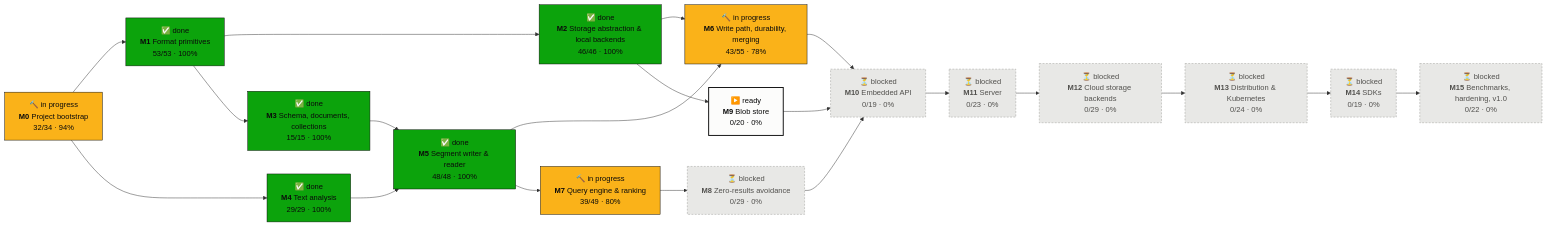
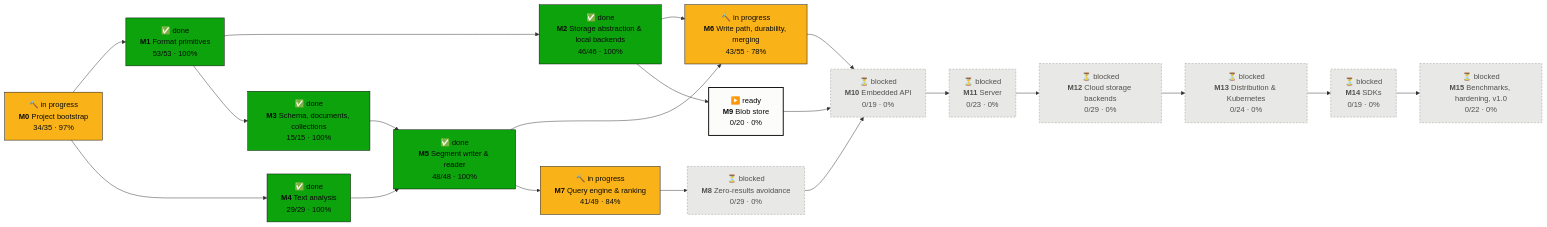
One commit to tomiok/persiaDB changed the first of 2 diagrams in PROGRESS.md. Above: the diagram before and after it, drawn with Mermaid. The commit also changed other lines of this file and 12 other files, not shown here.

First line of the commit message:
fix: review fix-ups for audit batch C (ROADMAP 0.6.5, 0.6.6, 7.8.5, 7.8.6)

````diff
--- a/PROGRESS.md
+++ b/PROGRESS.md
@@ -16,42 +16,42 @@
 ```mermaid
 flowchart LR
-  M0["🔨 in progress<br/><b>M0</b> Project bootstrap<br/>32/34 · 94%"]:::doing
+  M0["🔨 in progress<br/><b>M0</b> Project bootstrap<br/>34/35 · 97%"]:::doing
   M1["✅ done<br/><b>M1</b> Format primitives<br/>53/53 · 100%"]:::done
   M2["✅ done<br/><b>M2</b> Storage abstraction & local backends<br/>46/46 · 100%"]:::done
   M3["✅ done<br/><b>M3</b> Schema, documents, collections<br/>15/15 · 100%"]:::done
   M4["✅ done<br/><b>M4</b> Text analysis<br/>29/29 · 100%"]:::done
   M5["✅ done<br/><b>M5</b> Segment writer & reader<br/>48/48 · 100%"]:::done
   M6["🔨 in progress<br/><b>M6</b> Write path, durability, merging<br/>43/55 · 78%"]:::doing
-  M7["🔨 in progress<br/><b>M7</b> Query engine & ranking<br/>39/49 · 80%"]:::doing
+  M7["🔨 in progress<br/><b>M7</b> Query engine & ranking<br/>41/49 · 84%"]:::doing
   M8["⏳ blocked<br/><b>M8</b> Zero-results avoidance<br/>0/29 · 0%"]:::blocked
   M9["▶️ ready<br/><b>M9</b> Blob store<br/>0/20 · 0%"]:::ready
   M10["⏳ blocked<br/><b>M10</b> Embedded API<br/>0/19 · 0%"]:::blocked
   M11["⏳ blocked<br/><b>M11</b> Server<br/>0/23 · 0%"]:::blocked
   M12["⏳ blocked<br/><b>M12</b> Cloud storage backends<br/>0/29 · 0%"]:::blocked
   M13["⏳ blocked<br/><b>M13</b> Distribution & Kubernetes<br/>0/24 · 0%"]:::blocked
   M14["⏳ blocked<br/><b>M14</b> SDKs<br/>0/19 · 0%"]:::blocked
   M15["⏳ blocked<br/><b>M15</b> Benchmarks, hardening, v1.0<br/>0/22 · 0%"]:::blocked
   M0 --> M1
   M1 --> M2
   M1 --> M3
   M0 --> M4
   M3 --> M5
   M4 --> M5
   M2 --> M6
   M5 --> M6
   M5 --> M7
   M7 --> M8
   M2 --> M9
   M6 --> M10
   M8 --> M10
   M9 --> M10
   M10 --> M11
   M11 --> M12
   M12 --> M13
   M13 --> M14
   M14 --> M15
   classDef done fill:#0ca30c,stroke:#0b0b0b,color:#0b0b0b
   classDef doing fill:#fab219,stroke:#0b0b0b,color:#0b0b0b
   classDef ready fill:#fcfcfb,stroke:#0b0b0b,stroke-width:2px,color:#0b0b0b
   classDef blocked fill:#e8e8e6,stroke:#9a9a96,stroke-dasharray:4 3,color:#52514e
 ```
````
